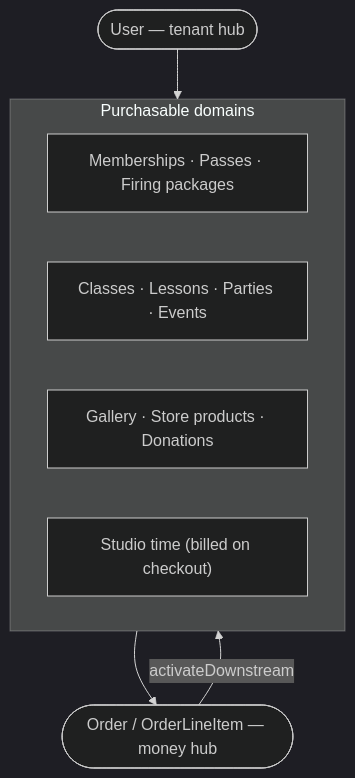
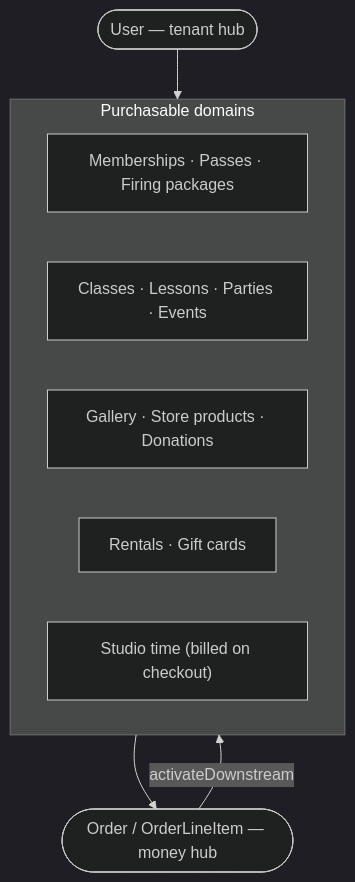
Before and after one commit to TitaniaAnn/makerhearth-architecture: the first of 4 diagrams in docs/12-data-model.md, drawn with Mermaid (dark theme). The commit also changed other lines of this file and 20 other files, not shown here.

````diff
--- a/docs/12-data-model.md
+++ b/docs/12-data-model.md
@@ -22,14 +26,15 @@
 ```mermaid
 flowchart TB
     User(["User — tenant hub"])
     Order(["Order / OrderLineItem — money hub"])
     subgraph COMMERCE["Purchasable domains"]
         M["Memberships · Passes · Firing packages"]
         C["Classes · Lessons · Parties · Events"]
         G["Gallery · Store products · Donations"]
+        R["Rentals · Gift cards"]
         S["Studio time (billed on checkout)"]
     end
     User --> COMMERCE
     COMMERCE --> Order
     Order -->|activateDownstream| COMMERCE
 ```
````
